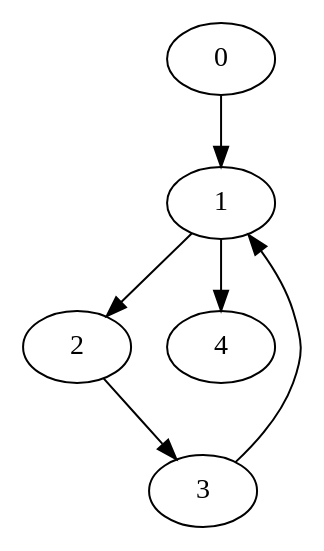
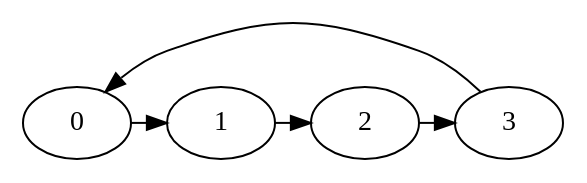
One commit to pedropintoo/AED-project-2 changed the diagram in DrawGraphs/teste.dot. Above: the diagram before and after it, drawn with Graphviz. The commit also changed 7 other files, not shown here.

```diff
--- a/DrawGraphs/teste.dot
+++ b/DrawGraphs/teste.dot
@@ -1,7 +1,7 @@
 digraph G {
     0 -> {1};
-    1 -> {2 4};
+    1 -> {2};
     2 -> {3};
-    3 -> {1};
-    4 -> {};
+    3 -> {0};
+    { rank=same; 0 1 2 3 }
 }
```
